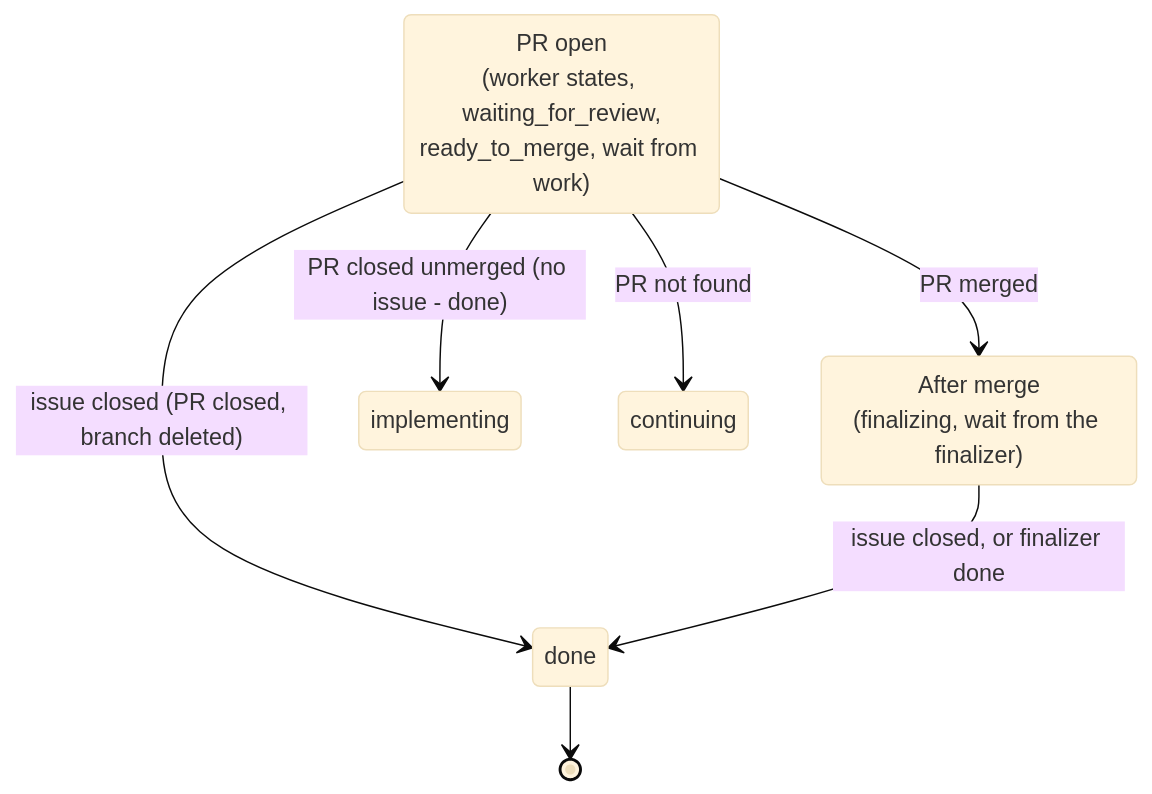
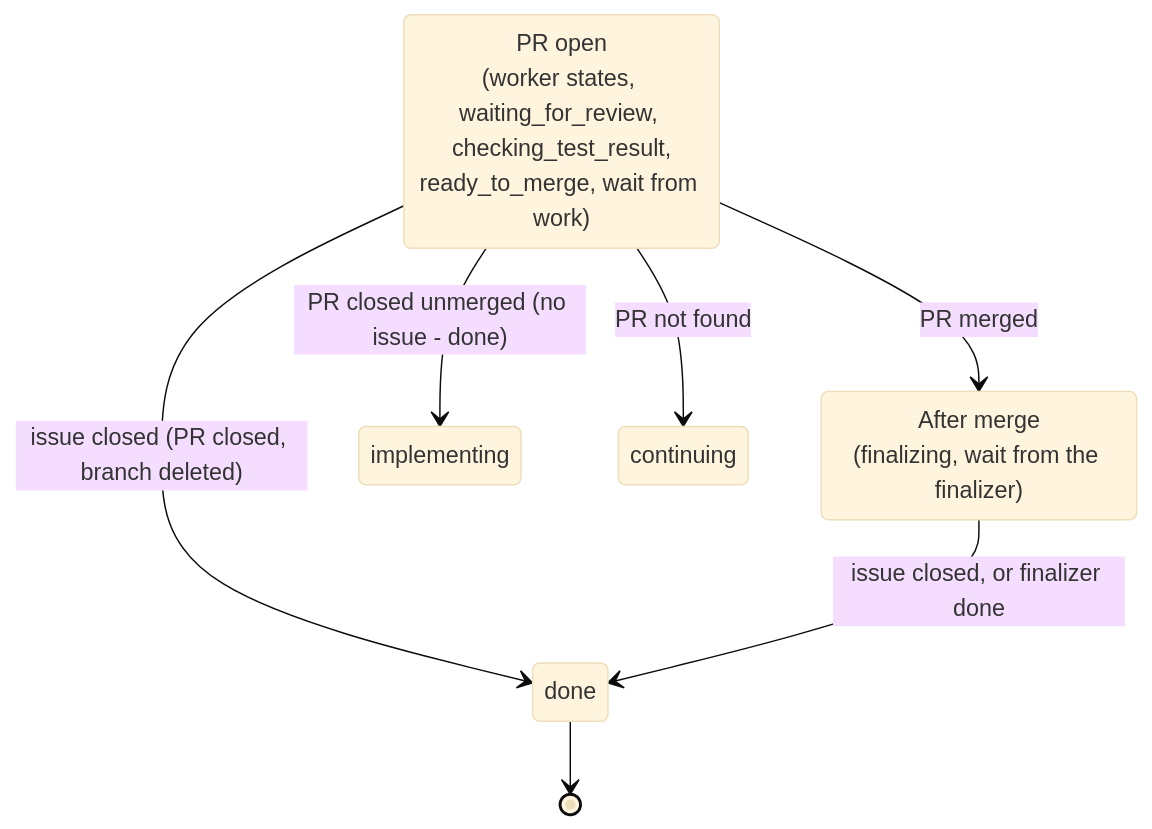
The fourth of 4 diagrams in ARCHITECTURE.md (koshian/ghwatch), drawn with Mermaid (base theme) before and after one commit. The commit also changed other lines of this file and 16 other files, not shown here.

Commit message:
Judge a person's test result instead of reviewing the tested PR again

````diff
--- a/ARCHITECTURE.md
+++ b/ARCHITECTURE.md
@@ -159,11 +171,11 @@
 ```mermaid
 stateDiagram-v2
-    state "PR open<br/>(worker states, waiting_for_review,<br/>ready_to_merge, wait from work)" as open
+    state "PR open<br/>(worker states, waiting_for_review, checking_test_result,<br/>ready_to_merge, wait from work)" as open
     state "After merge<br/>(finalizing, wait from the finalizer)" as after
     open --> after: PR merged
     open --> implementing: PR closed unmerged (no issue - done)
     open --> continuing: PR not found
     open --> done: issue closed (PR closed, branch deleted)
     after --> done: issue closed, or finalizer done
     done --> [*]
 ```
````
